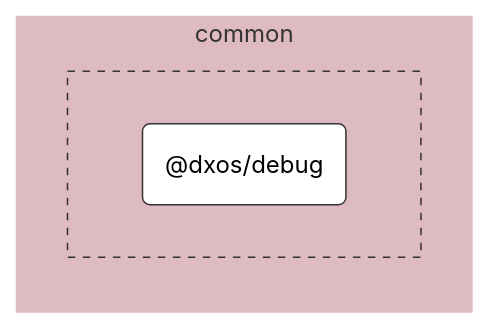
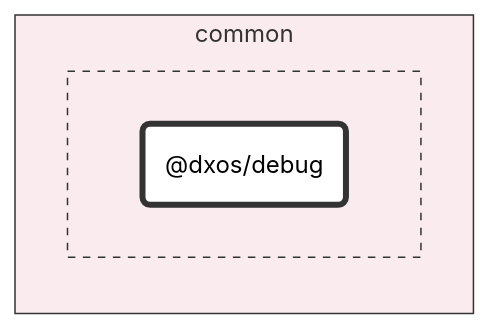
Before and after one commit to dxos/dxos: the diagram in packages/common/debug/docs/README.md, drawn with Mermaid (neutral theme). The commit also changed 93 other files, not shown here.

First line of the commit message:
chore: hierarchical graphs. (#1583)

````diff
--- a/packages/common/debug/docs/README.md
+++ b/packages/common/debug/docs/README.md
@@ -7,24 +7,24 @@
 ```mermaid
 %%{ init: {'flowchart':{'curve':'basis'}} }%%
 
 flowchart LR
 
 %% Classes
 classDef def fill:#fff,stroke:#333,stroke-width:1px
 classDef root fill:#fff,stroke:#333,stroke-width:4px
 
 %% Nodes
 
 subgraph common [common]
-  style common fill:#debac2,stroke:#fff
+  style common fill:#faebee,stroke:#333
 
-  subgraph common-excluded [ ]
-    style common-excluded fill:#debac2,stroke:#333,stroke-dasharray:5 5
-    dxos/debug("@dxos/debug"):::def
+  subgraph _ [ ]
+    style _ fill:#faebee,stroke:#333,stroke-dasharray:5 5
+    dxos/debug("@dxos/debug"):::root
     click dxos/debug "dxos/dxos/tree/main/packages/common/debug/docs"
   end
 end
 
 %% Links
 linkStyle default stroke:#333,stroke-width:1px
 ```
````
